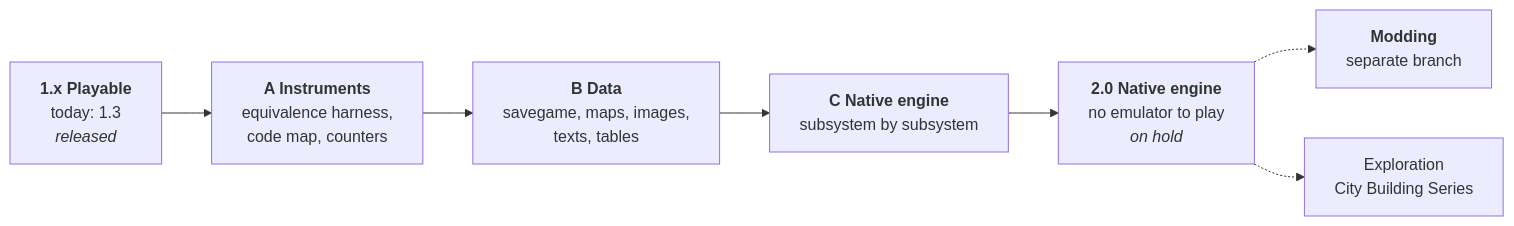
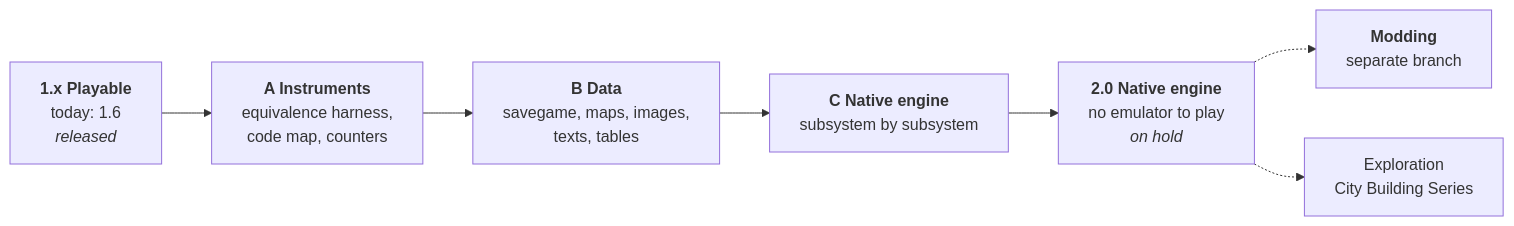
Before and after one commit to nic0lasm/zeus-poseidon-arm64: the diagram in docs/roadmap.md, drawn with Mermaid. The commit also changed other lines of this file and 3 other files, not shown here.

````diff
--- a/docs/roadmap.md
+++ b/docs/roadmap.md
@@ -15,9 +15,9 @@
 ```mermaid
 flowchart LR
-    P["<b>1.x Playable</b><br/>today: 1.3<br/><i>released</i>"] --> A["<b>A Instruments</b><br/>equivalence harness,<br/>code map, counters"]
+    P["<b>1.x Playable</b><br/>today: 1.6<br/><i>released</i>"] --> A["<b>A Instruments</b><br/>equivalence harness,<br/>code map, counters"]
     A --> D["<b>B Data</b><br/>savegame, maps, images,<br/>texts, tables"]
     D --> C["<b>C Native engine</b><br/>subsystem by subsystem"]
     C --> N["<b>2.0 Native engine</b><br/>no emulator to play<br/><i>on hold</i>"]
     N -.-> M["<b>Modding</b><br/>separate branch"]
     N -.-> X["Exploration<br/>City Building Series"]
 ```
````
